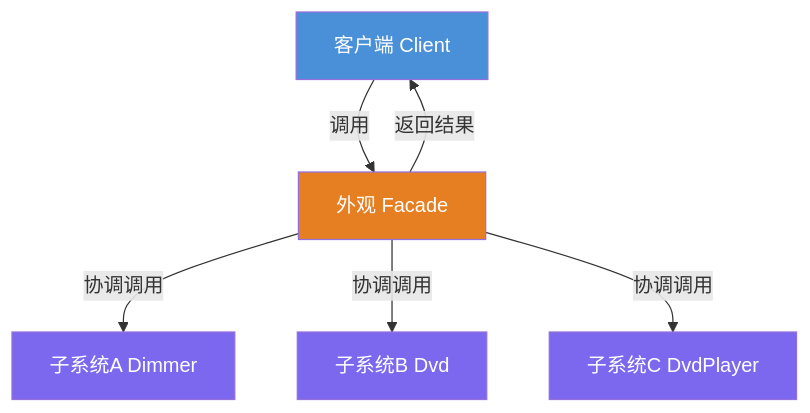
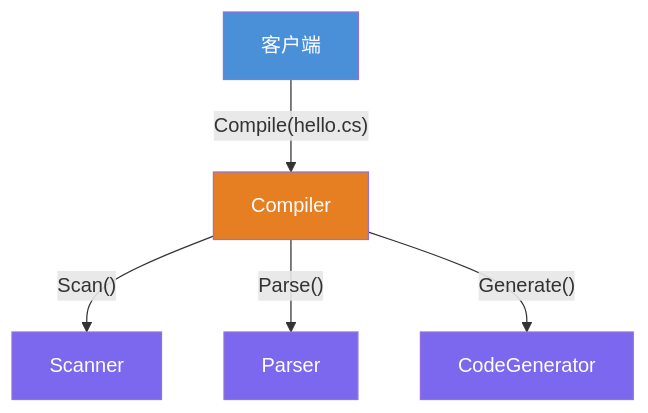
One commit to hollson/design_patterns changed the second of 3 diagrams in FacadePattern/README.md. Above: the diagram before and after it, drawn with Mermaid. The commit also changed other lines of this file and 15 other files, not shown here.

Commit message:
Optimize FacadePattern: compiler + home theater demos, 4-chapter README

````diff
--- a/FacadePattern/README.md
+++ b/FacadePattern/README.md
@@ -27,14 +72,13 @@
 ```mermaid
 flowchart TD
-    A["客户端 Client"] -->|"调用"| B["外观 Facade"]
-    B -->|"协调调用"| C["子系统A Dimmer"]
-    B -->|"协调调用"| D["子系统B Dvd"]
-    B -->|"协调调用"| E["子系统C DvdPlayer"]
-    B -->|"返回结果"| A
+    A["客户端"] -->|"Compile(hello.cs)"| B["Compiler"]
+    B -->|"Scan()"| C["Scanner"]
+    B -->|"Parse()"| D["Parser"]
+    B -->|"Generate()"| E["CodeGenerator"]
 
     style A fill:#4A90D9,color:#fff
     style B fill:#E67E22,color:#fff
     style C fill:#7B68EE,color:#fff
     style D fill:#7B68EE,color:#fff
     style E fill:#7B68EE,color:#fff
 ```
````
